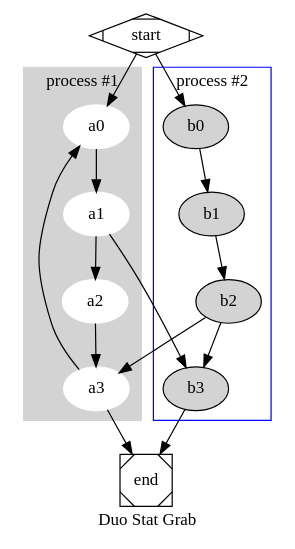
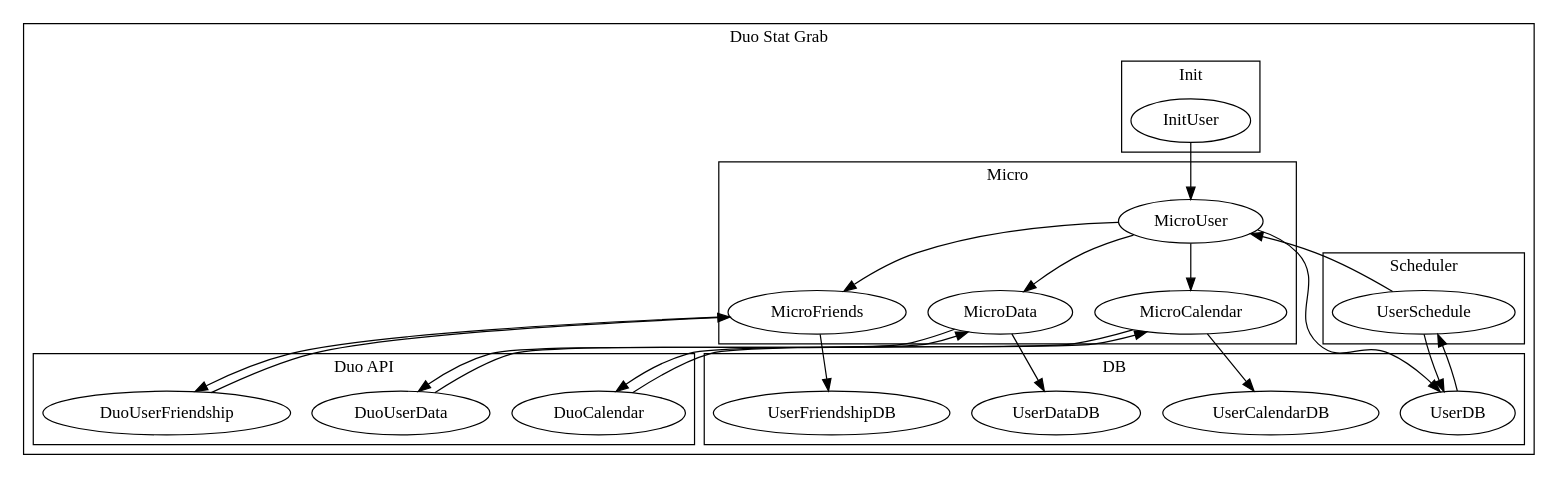
Before and after one commit to sguzman/project-duo: the diagram in topology.dot, drawn with Graphviz.

Commit message:
working topology

```diff
--- a/topology.dot
+++ b/topology.dot
@@ -1,28 +1,62 @@
-digraph G {
+digraph {
+  compound = true;
+  subgraph cluster_duo {
+      label = "Duo Stat Grab";
+      
+      subgraph cluster_duo_api {
+          label = "Duo API";
+          DuoUserData;
+          DuoUserFriendship;
+          DuoCalendar;
+      }
 
-  subgraph cluster_0 {
-    style=filled;
-    color=lightgrey;
-    node [style=filled,color=white];
-    a0 -> a1 -> a2 -> a3;
-    label = "process #1";
+      subgraph cluster_micro {
+          label = "Micro";
+          MicroUser;
+          MicroFriends;
+          MicroData;
+          MicroCalendar;
+      }
+      
+      subgraph cluster_init {
+          label = "Init";
+          InitUser;
+      }
+
+      subgraph cluster_db {
+          label = "DB"
+          UserDB;
+          UserDataDB;
+          UserFriendshipDB;
+          UserCalendarDB;
+      }
+
+      subgraph cluster_schedule {
+          label = "Scheduler"
+          UserSchedule;
+      }
   }
 
-  subgraph cluster_1 {
-    node [style=filled];
-    b0 -> b1 -> b2 -> b3;
-    label = "process #2";
-    color=blue
-  }
-  start -> a0;
-  start -> b0;
-  a1 -> b3;
-  b2 -> a3;
-  a3 -> a0;
-  a3 -> end;
-  b3 -> end;
+    UserSchedule -> UserDB;
+    UserDB -> UserSchedule;
+    UserSchedule -> MicroUser;
 
-  start [shape=Mdiamond];
-  end [shape=Msquare];
-  label = "Duo Stat Grab"
+    InitUser -> MicroUser;
+
+    MicroUser -> UserDB;
+    MicroUser -> MicroFriends;
+    MicroUser -> MicroData;
+    MicroUser -> MicroCalendar;
+
+    MicroData -> DuoUserData;
+    DuoUserData -> MicroData;
+    MicroData -> UserDataDB;
+
+    MicroCalendar -> DuoCalendar;
+    DuoCalendar -> MicroCalendar;
+    MicroCalendar -> UserCalendarDB;
+
+    MicroFriends -> DuoUserFriendship;
+    DuoUserFriendship -> MicroFriends;
+    MicroFriends -> UserFriendshipDB;
 }
```
